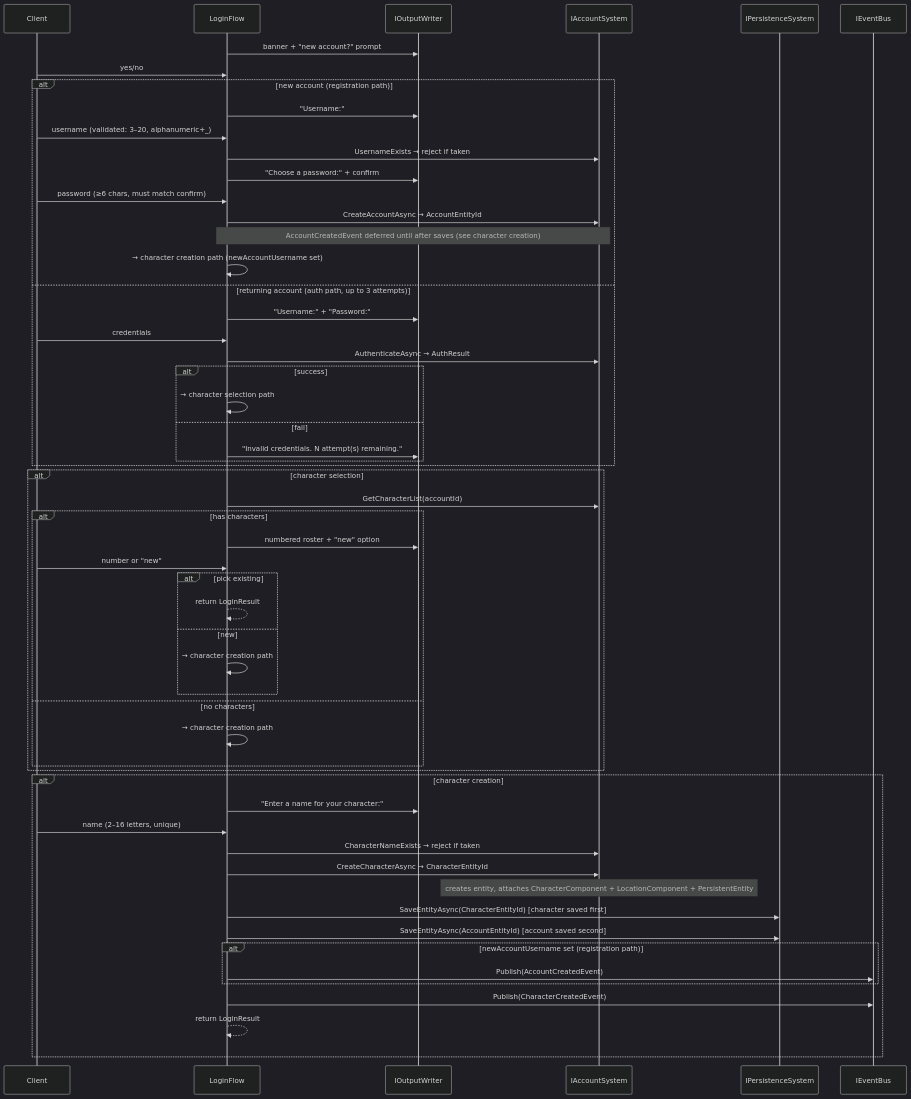
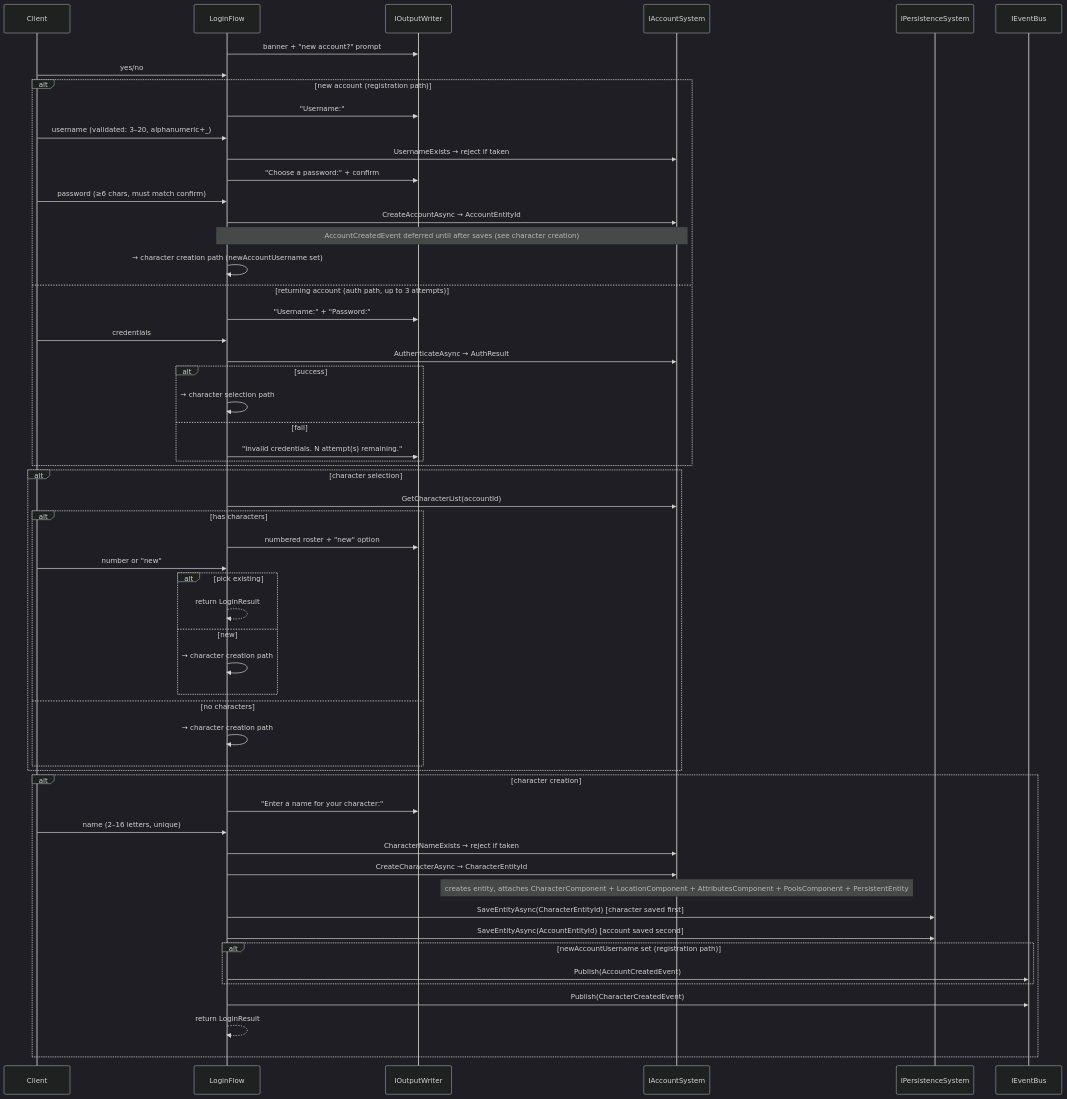
One commit to dmbyer/Hedron changed the seventh of 15 diagrams in docs/architecture/flows/README.md. Above: the diagram before and after it, drawn with Mermaid (dark theme). The commit also changed other lines of this file and 30 other files, not shown here.

````diff
--- a/docs/architecture/flows/README.md
+++ b/docs/architecture/flows/README.md
@@ -406,59 +406,59 @@
 ```mermaid
 sequenceDiagram
     participant Client
     participant LF as LoginFlow
     participant OW as IOutputWriter
     participant AccSys as IAccountSystem
     participant PSys as IPersistenceSystem
     participant Bus as IEventBus
 
     LF->>OW: banner + "new account?" prompt
     Client->>LF: yes/no
     alt new account (registration path)
         LF->>OW: "Username:"
         Client->>LF: username (validated: 3–20, alphanumeric+_)
         LF->>AccSys: UsernameExists → reject if taken
         LF->>OW: "Choose a password:" + confirm
         Client->>LF: password (≥6 chars, must match confirm)
         LF->>AccSys: CreateAccountAsync → AccountEntityId
         Note over LF,AccSys: AccountCreatedEvent deferred until after saves (see character creation)
         LF->>LF: → character creation path (newAccountUsername set)
     else returning account (auth path, up to 3 attempts)
         LF->>OW: "Username:" + "Password:"
         Client->>LF: credentials
         LF->>AccSys: AuthenticateAsync → AuthResult
         alt success
             LF->>LF: → character selection path
         else fail
             LF->>OW: "Invalid credentials. N attempt(s) remaining."
         end
     end
     alt character selection
         LF->>AccSys: GetCharacterList(accountId)
         alt has characters
             LF->>OW: numbered roster + "new" option
             Client->>LF: number or "new"
             alt pick existing
                 LF-->>LF: return LoginResult
             else new
                 LF->>LF: → character creation path
             end
         else no characters
             LF->>LF: → character creation path
         end
     end
     alt character creation
         LF->>OW: "Enter a name for your character:"
         Client->>LF: name (2–16 letters, unique)
         LF->>AccSys: CharacterNameExists → reject if taken
         LF->>AccSys: CreateCharacterAsync → CharacterEntityId
-        Note over AccSys: creates entity, attaches CharacterComponent + LocationComponent + PersistentEntity
+        Note over AccSys: creates entity, attaches CharacterComponent + LocationComponent + AttributesComponent + PoolsComponent + PersistentEntity
         LF->>PSys: SaveEntityAsync(CharacterEntityId) [character saved first]
         LF->>PSys: SaveEntityAsync(AccountEntityId) [account saved second]
         alt newAccountUsername set (registration path)
             LF->>Bus: Publish(AccountCreatedEvent)
         end
         LF->>Bus: Publish(CharacterCreatedEvent)
         LF-->>LF: return LoginResult
     end
 ```
````
